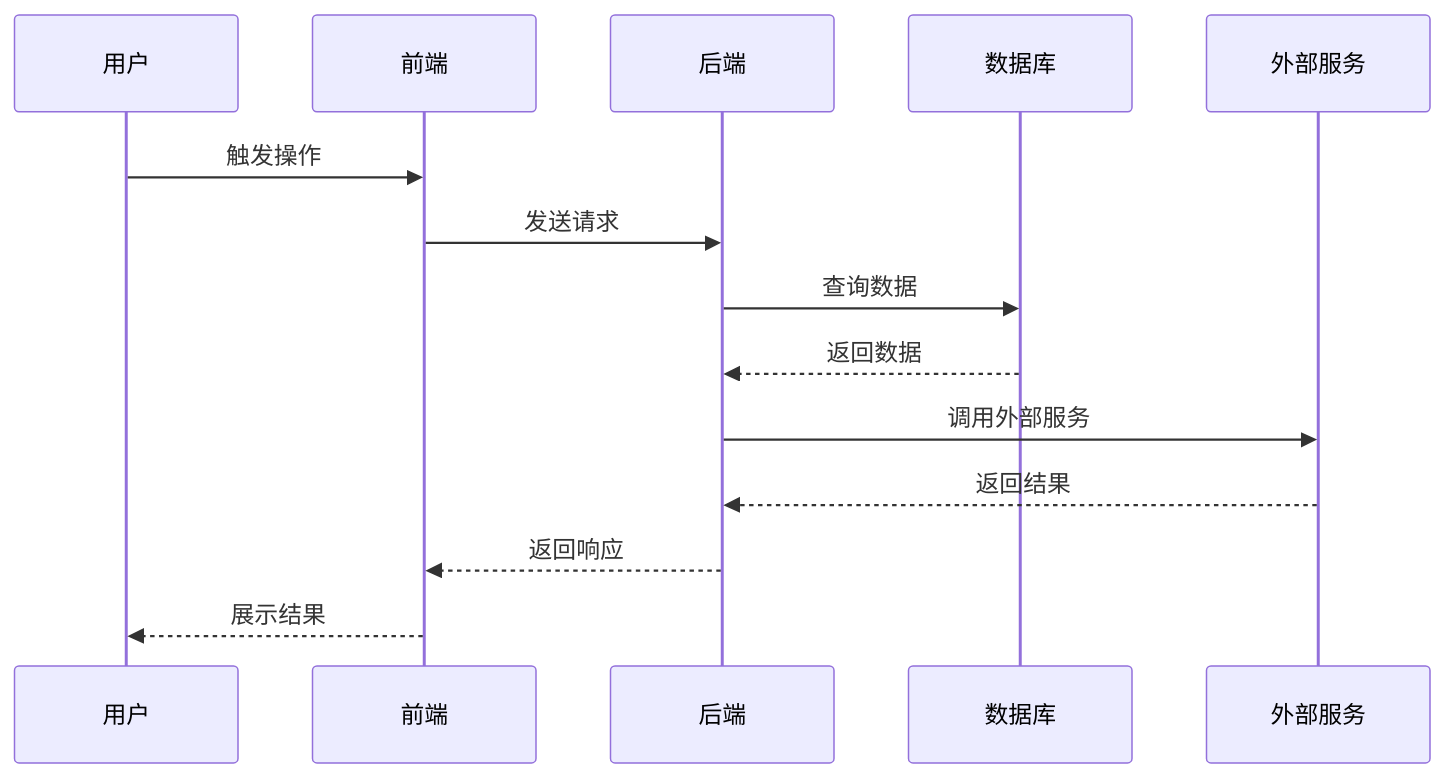
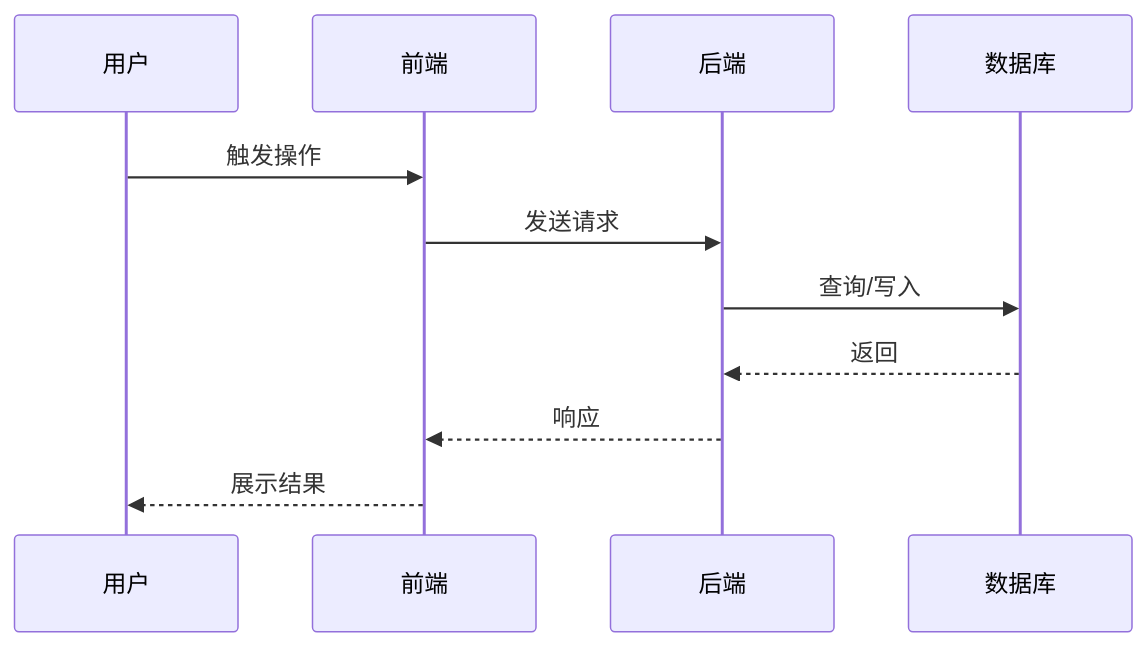
One commit to ANIAN0/pick-skills changed the diagram in skills/requirements-workshop/SKILL.md. Above: the diagram before and after it, drawn with Mermaid. The commit also changed other lines of this file and 8 other files, not shown here.

````diff
--- a/skills/requirements-workshop/SKILL.md
+++ b/skills/requirements-workshop/SKILL.md
@@ -233,17 +123,13 @@
 ```mermaid
 sequenceDiagram
     participant U as 用户
     participant F as 前端
     participant B as 后端
     participant D as 数据库
-    participant E as 外部服务
-
     U->>F: 触发操作
     F->>B: 发送请求
-    B->>D: 查询数据
-    D-->>B: 返回数据
-    B->>E: 调用外部服务
-    E-->>B: 返回结果
-    B-->>F: 返回响应
+    B->>D: 查询/写入
+    D-->>B: 返回
+    B-->>F: 响应
     F-->>U: 展示结果
 ```
````
